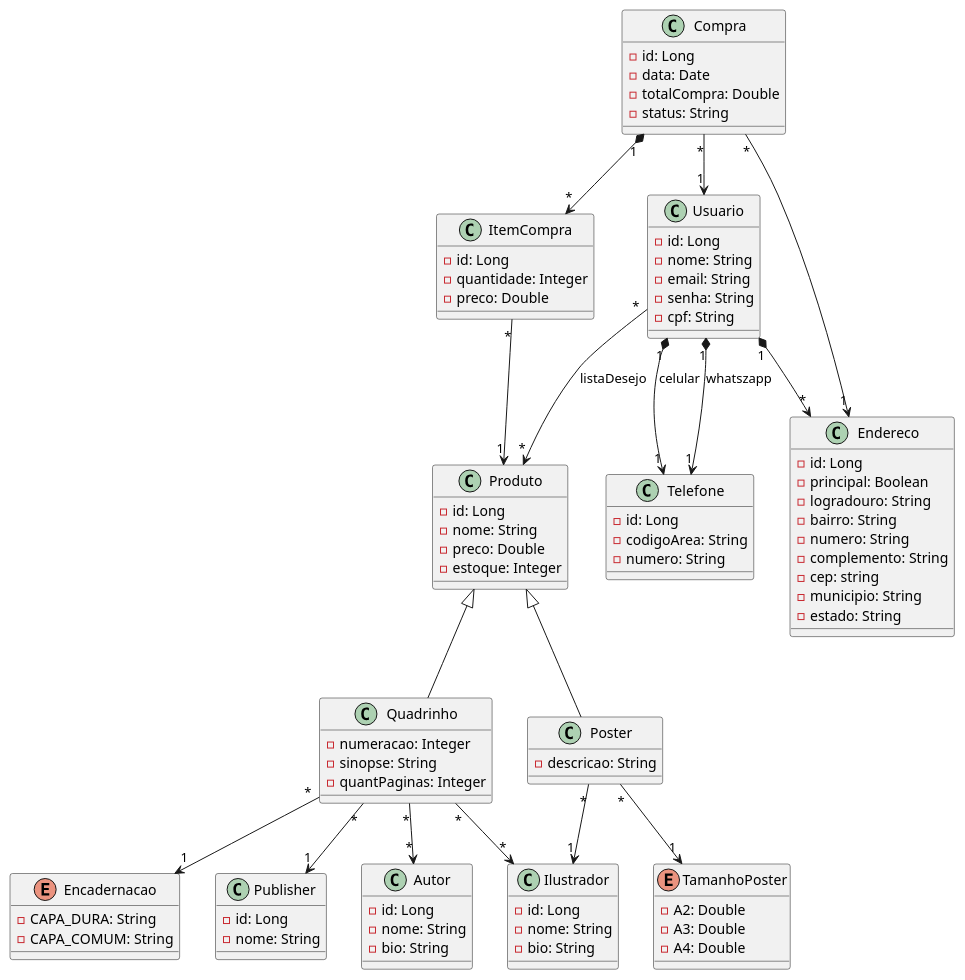
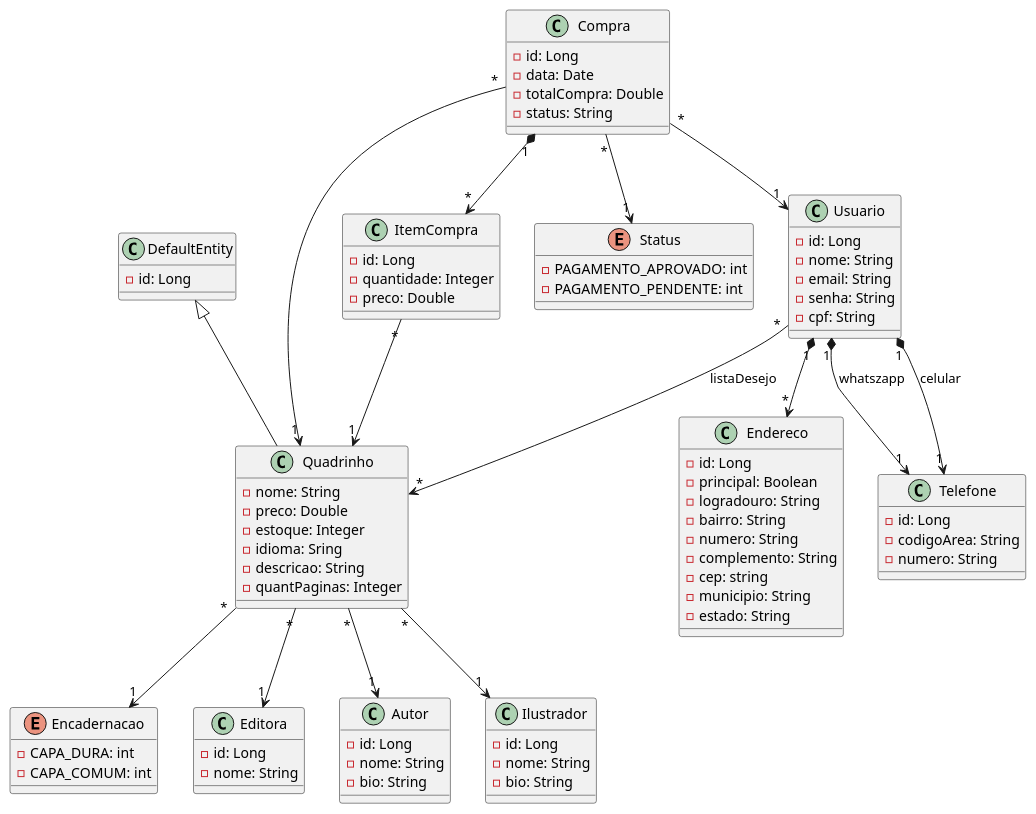
The diagram in projetoQuadrinhos.plantuml (alissonlima086/trabalhoTopicos), drawn with PlantUML before and after one commit. The commit also changed 22 other files, not shown here.

```diff
--- a/projetoQuadrinhos.plantuml
+++ b/projetoQuadrinhos.plantuml
@@ -1,116 +1,103 @@
 @startuml
 
-    class Produto{
+    class DefaultEntity{
         - id: Long
+    }
+
+    class Quadrinho{
         - nome: String
         - preco: Double
         - estoque: Integer
-    }
-
-    class Quadrinho{
-        - numeracao: Integer
-        - sinopse: String
+        - idioma: Sring
+        - descricao: String
         - quantPaginas: Integer
     }
 
     enum Encadernacao{
-        - CAPA_DURA: String
-        - CAPA_COMUM: String
+        - CAPA_DURA: int
+        - CAPA_COMUM: int
     }
 
-    Class Poster{
-        - descricao: String
-    }
-
-    enum TamanhoPoster{
-        - A2: Double
-        - A3: Double
-        - A4: Double
-    }
-
-    class Publisher{
+    class Editora{
         - id: Long
         - nome: String  
         }
 
     class Autor{
         - id: Long
         - nome: String
         - bio: String
     }
 
     Class Ilustrador{
         - id: Long
         - nome: String
         - bio: String
     }
 
-
-
     class Usuario{
         - id: Long
         - nome: String
         - email: String
         - senha: String
         - cpf: String
     }
     Class Telefone{
         - id: Long
         - codigoArea: String
         - numero: String
     }
-
-
     class Compra{
         - id: Long
         - data: Date
         - totalCompra: Double
         - status: String
     }
+
+    enum Status{
+        - PAGAMENTO_APROVADO: int
+        - PAGAMENTO_PENDENTE: int
+    }
+
+
     class ItemCompra{
         - id: Long
         - quantidade: Integer
         - preco: Double
     }
     class Endereco{
         - id: Long
         - principal: Boolean
         - logradouro: String
         - bairro: String
         - numero: String
         - complemento: String
         - cep: string
         - municipio: String
         - estado: String
     }
 
+    Quadrinho "*" --> "1" Encadernacao
 
-
-    Quadrinho "*" --> "1" Encadernacao
-    
-
-    Usuario "*" --> "*" Produto: listaDesejo
+    Usuario "*" --> "*" Quadrinho: listaDesejo
     Usuario "1"*--> "1" Telefone: celular
     Usuario "1"*--> "1" Telefone: whatszapp
     Usuario "1" *--> "*" Endereco
 
 
 
     Compra "1" *--> "*"ItemCompra
     Compra "*" --> "1" Usuario
-    Compra "*" --> "1" Endereco
+    Compra "*" --> "1" Quadrinho
+    Compra "*" --> "1" Status
 
 
-    ItemCompra "*" --> "1" Produto
+    ItemCompra "*" --> "1" Quadrinho
 
-    Produto <|-- Quadrinho
-    Produto <|-- Poster
+    DefaultEntity <|-- Quadrinho
 
-    Poster "*" --> "1" Ilustrador
-    Poster "*" --> "1" TamanhoPoster
-
-    Quadrinho "*" --> "*" Autor
-    Quadrinho "*" --> "*" Ilustrador
-    Quadrinho "*" --> "1" Publisher
+    Quadrinho "*" --> "1" Autor
+    Quadrinho "*" --> "1" Ilustrador
+    Quadrinho "*" --> "1" Editora
     
 @enduml
```
